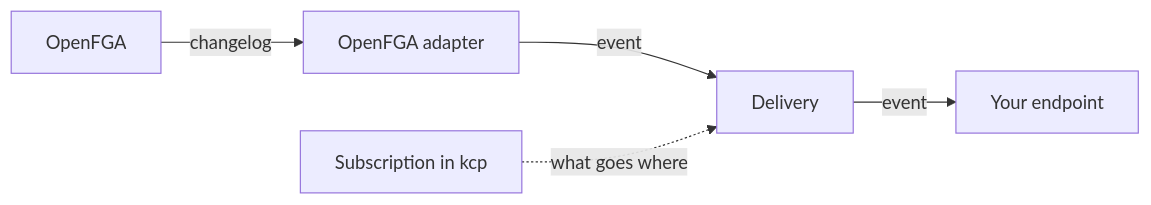
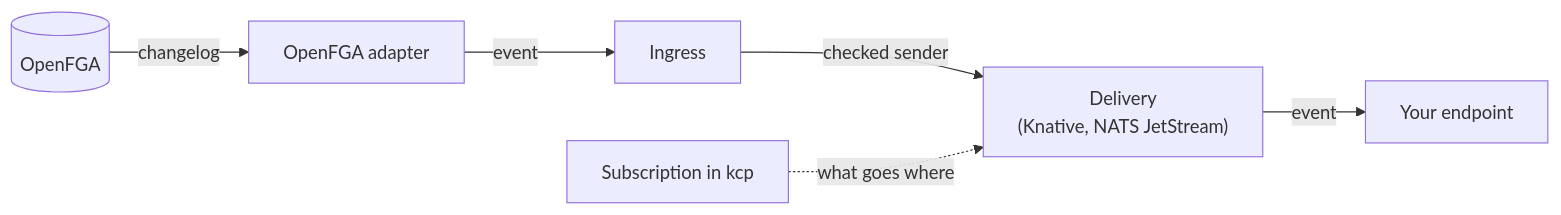
Before and after one commit to hellsontime/contrib-eventing: the diagram in README.md, drawn with Mermaid. The commit also changed other lines of this file and 4 other files, not shown here.

First line of the commit message:
docs: bring the docs up to date, diagrams for the parts and the flow

````diff
--- a/README.md
+++ b/README.md
@@ -9,7 +9,8 @@
 ```mermaid
 flowchart LR
-  fga[OpenFGA] -- changelog --> adapter[OpenFGA adapter]
-  adapter -- event --> delivery[Delivery]
+  fga[(OpenFGA)] -- changelog --> adapter[OpenFGA adapter]
+  adapter -- event --> ingress[Ingress]
+  ingress -- checked sender --> delivery["Delivery<br/>(Knative, NATS JetStream)"]
   delivery -- event --> sink[Your endpoint]
   subs[Subscription in kcp] -. what goes where .-> delivery
 ```
````
